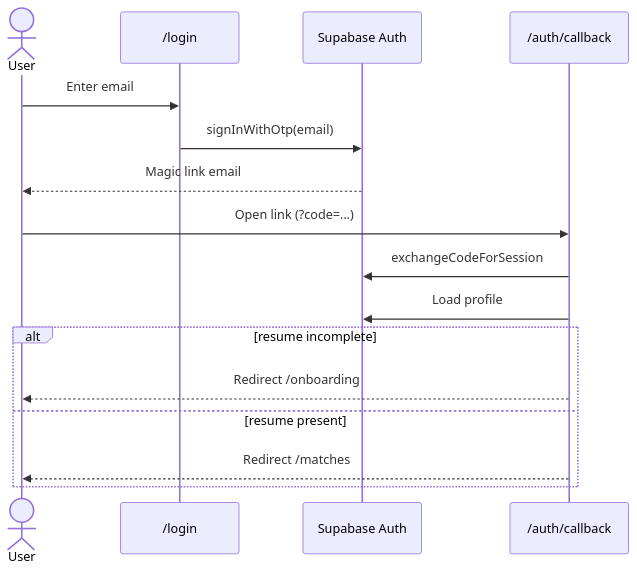
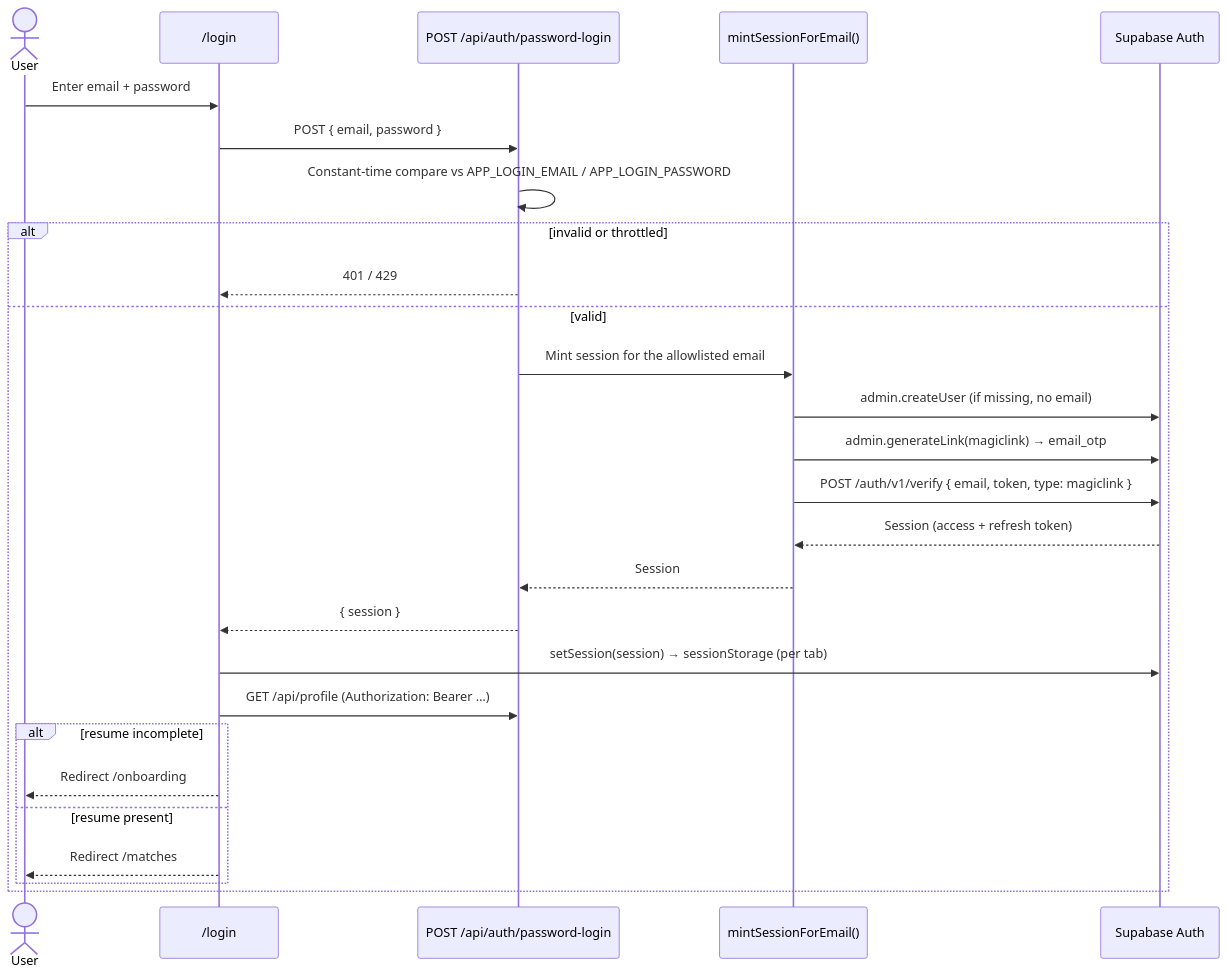
One commit to jxjwilliam/jobPilot changed the third of 13 diagrams in docs/03-jobpilot-workflow.md. Above: the diagram before and after it, drawn with Mermaid. The commit also changed other lines of this file and 22 other files, not shown here.

First line of the commit message:
docs: sync docs with password login + sessionStorage auth

````diff
--- a/docs/03-jobpilot-workflow.md
+++ b/docs/03-jobpilot-workflow.md
@@ -97,19 +97,30 @@
 ```mermaid
 sequenceDiagram
   actor U as User
   participant FE as /login
+  participant API as POST /api/auth/password-login
+  participant MS as mintSessionForEmail()
   participant SB as Supabase Auth
-  participant CB as /auth/callback
 
-  U->>FE: Enter email
-  FE->>SB: signInWithOtp(email)
-  SB-->>U: Magic link email
-  U->>CB: Open link (?code=…)
-  CB->>SB: exchangeCodeForSession
-  CB->>SB: Load profile
-  alt resume incomplete
-    CB-->>U: Redirect /onboarding
-  else resume present
-    CB-->>U: Redirect /matches
+  U->>FE: Enter email + password
+  FE->>API: POST { email, password }
+  API->>API: Constant-time compare vs APP_LOGIN_EMAIL / APP_LOGIN_PASSWORD
+  alt invalid or throttled
+    API-->>FE: 401 / 429
+  else valid
+    API->>MS: Mint session for the allowlisted email
+    MS->>SB: admin.createUser (if missing, no email)
+    MS->>SB: admin.generateLink(magiclink) → email_otp
+    MS->>SB: POST /auth/v1/verify { email, token, type: magiclink }
+    SB-->>MS: Session (access + refresh token)
+    MS-->>API: Session
+    API-->>FE: { session }
+    FE->>SB: setSession(session) → sessionStorage (per tab)
+    FE->>API: GET /api/profile (Authorization: Bearer …)
+    alt resume incomplete
+      FE-->>U: Redirect /onboarding
+    else resume present
+      FE-->>U: Redirect /matches
+    end
   end
 ```
````
